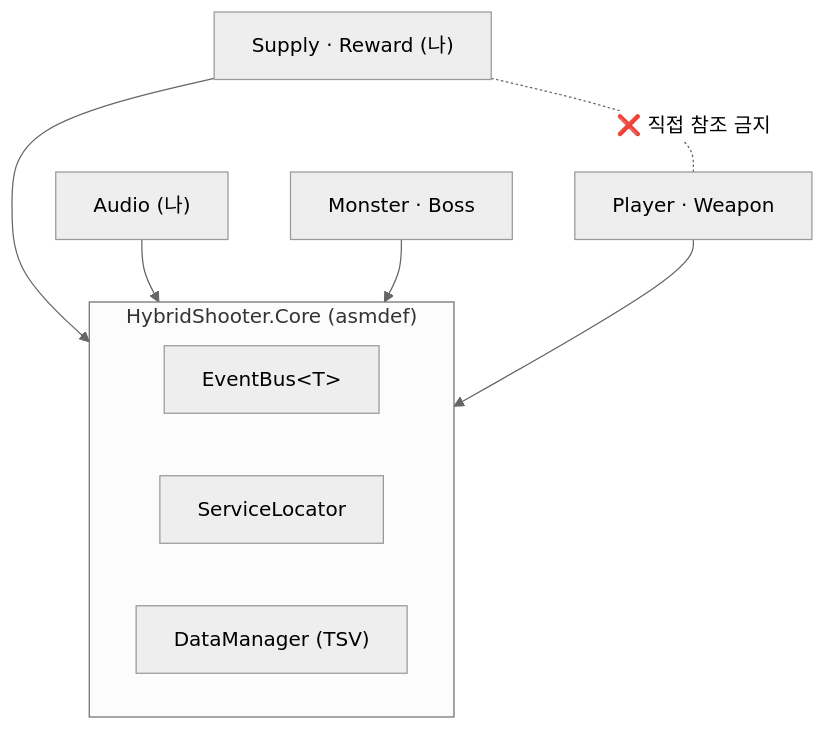
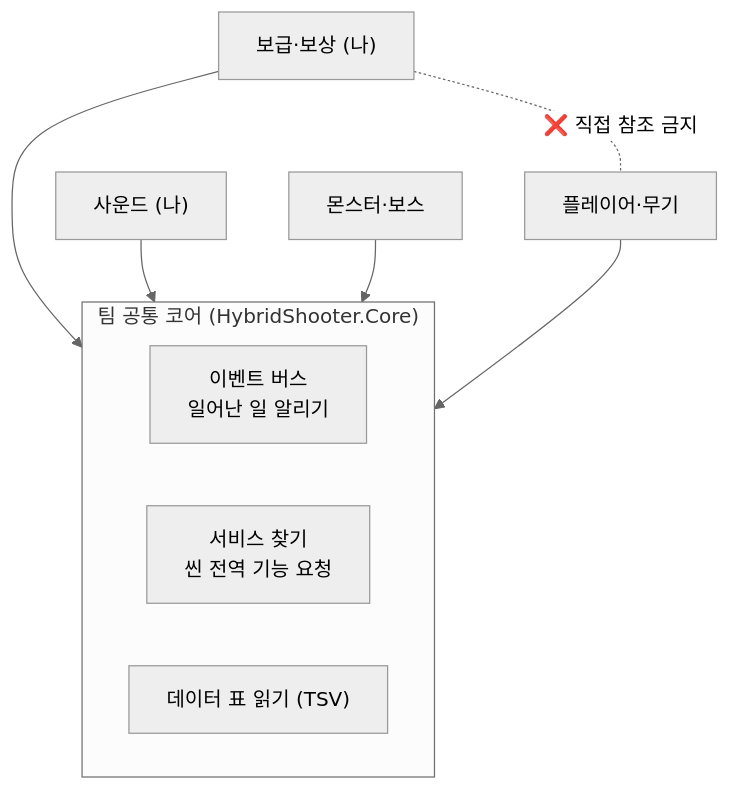
One commit to pinkshield/portfolio changed the first of 6 diagrams in src/4-team-even/기술문서.md. Above: the diagram before and after it, drawn with Mermaid (neutral theme). The commit also changed other lines of this file and 9 other files, not shown here.

````diff
--- a/src/4-team-even/기술문서.md
+++ b/src/4-team-even/기술문서.md
@@ -153,13 +153,13 @@
 ```mermaid
 flowchart TB
-    subgraph Core["HybridShooter.Core (asmdef)"]
-        EV["EventBus&lt;T&gt;"]
-        SL["ServiceLocator"]
-        DM["DataManager (TSV)"]
+    subgraph Core["팀 공통 코어 (HybridShooter.Core)"]
+        EV["이벤트 버스<br/>일어난 일 알리기"]
+        SL["서비스 찾기<br/>씬 전역 기능 요청"]
+        DM["데이터 표 읽기 (TSV)"]
     end
-    Supply["Supply · Reward (나)"] --> Core
-    Audio["Audio (나)"] --> Core
-    Monster["Monster · Boss"] --> Core
-    Player["Player · Weapon"] --> Core
+    Supply["보급·보상 (나)"] --> Core
+    Audio["사운드 (나)"] --> Core
+    Monster["몬스터·보스"] --> Core
+    Player["플레이어·무기"] --> Core
     Supply -. "❌ 직접 참조 금지" .- Player
 ```
````
